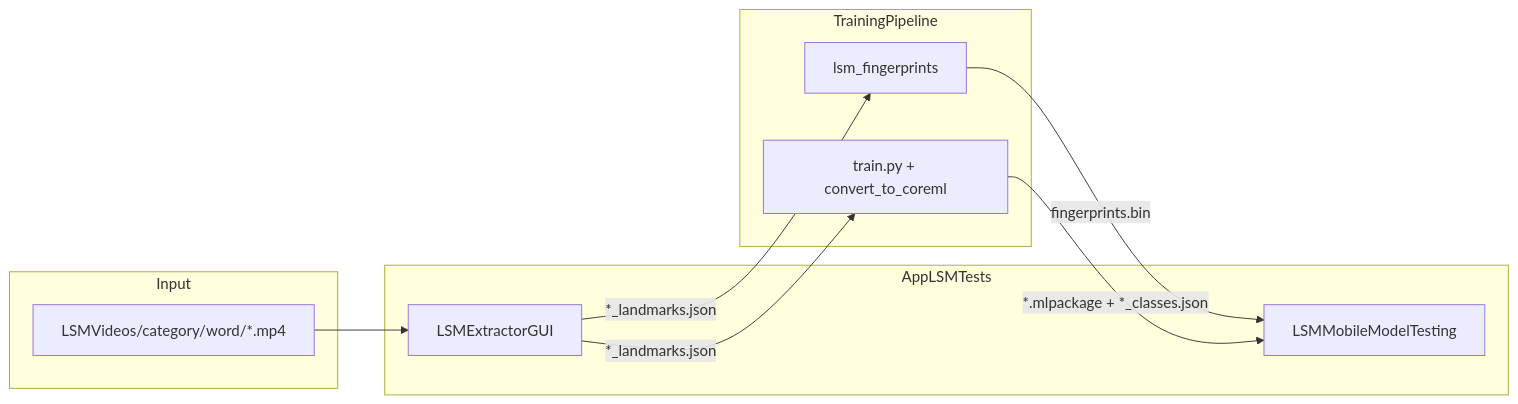
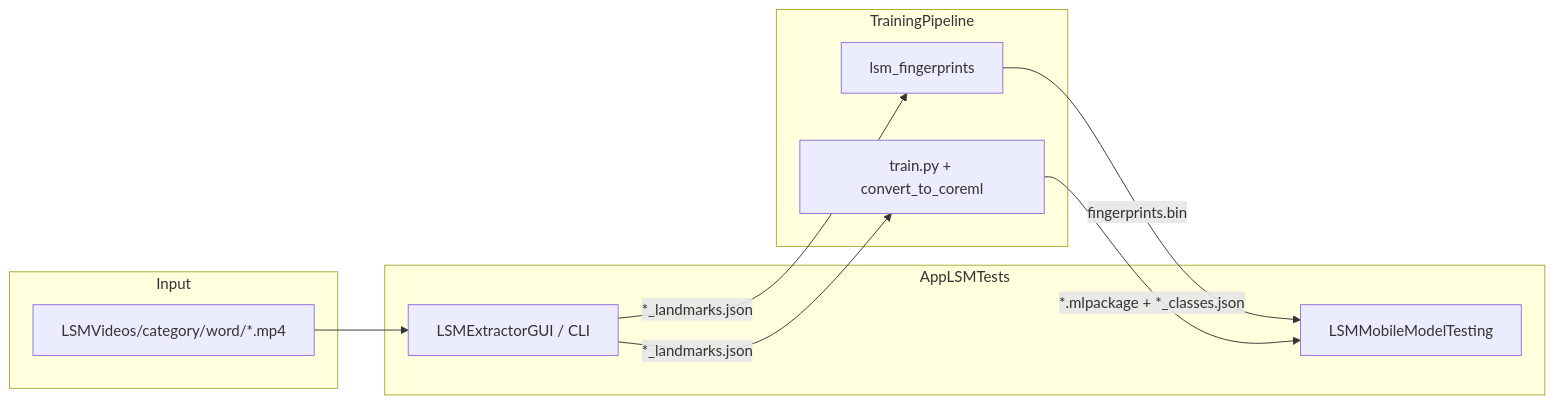
One commit to EmilioJimenezL/LSMPytorch changed the diagram in AppLSMTests/AGENTS.md. Above: the diagram before and after it, drawn with Mermaid. The commit also changed other lines of this file and 13 other files, not shown here.

````diff
--- a/AppLSMTests/AGENTS.md
+++ b/AppLSMTests/AGENTS.md
@@ -28,22 +29,22 @@
 ```mermaid
 flowchart LR
   subgraph videos [Input]
     LSMVideos["LSMVideos/category/word/*.mp4"]
   end
 
   subgraph applsm [AppLSMTests]
-    Extractor[LSMExtractorGUI]
+    Extractor["LSMExtractorGUI / CLI"]
     Mobile[LSMMobileModelTesting]
   end
 
   subgraph training [TrainingPipeline]
     Fase1[lsm_fingerprints]
     Fase2[train.py + convert_to_coreml]
   end
 
   LSMVideos --> Extractor
   Extractor -->|"*_landmarks.json"| Fase1
   Extractor -->|"*_landmarks.json"| Fase2
   Fase1 -->|"fingerprints.bin"| Mobile
   Fase2 -->|"*.mlpackage + *_classes.json"| Mobile
 ```
````
